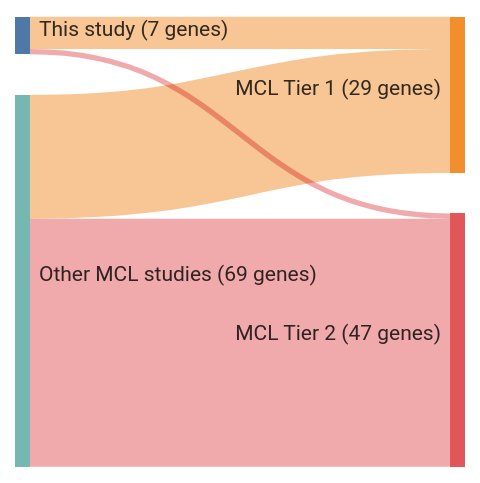
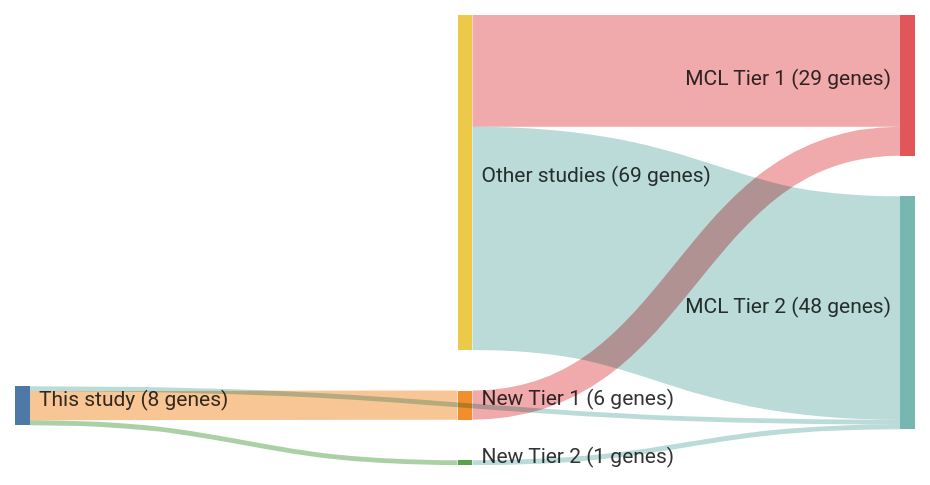
One commit to morinlab/lymphopedia changed the diagram in papers/pararajalingamCodingNoncodingDrivers2020.md. Above: the diagram before and after it, drawn with Mermaid. The commit also changed 82 other files, not shown here.

````diff
--- a/papers/pararajalingamCodingNoncodingDrivers2020.md
+++ b/papers/pararajalingamCodingNoncodingDrivers2020.md
@@ -13,18 +13,21 @@
 ```mermaid
 ---
 config:
     sankey:
         showValues: true
         linkColor: target
-        width: 300
+        width: 600
         height: 300
         nodeAlignment: right
         prefix: '('
         suffix: ' genes)'
 ---
 sankey-beta
-This study, MCL Tier 1, 6
+This study, New Tier 1, 6
+New Tier 1, MCL Tier 1, 6
 This study, MCL Tier 2, 1
-Other MCL studies, MCL Tier 1, 23
-Other MCL studies, MCL Tier 2, 46
+This study, New Tier 2, 1
+New Tier 2, MCL Tier 2, 1
+Other studies, MCL Tier 1, 23
+Other studies, MCL Tier 2, 46
 ```
````
